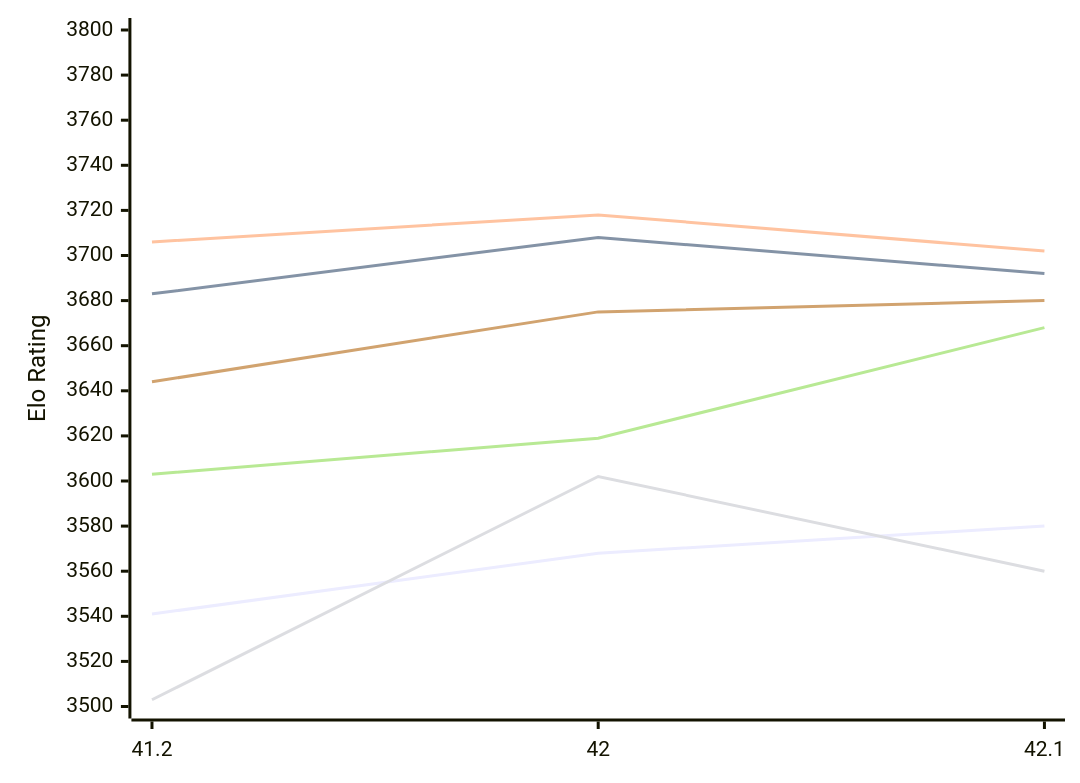
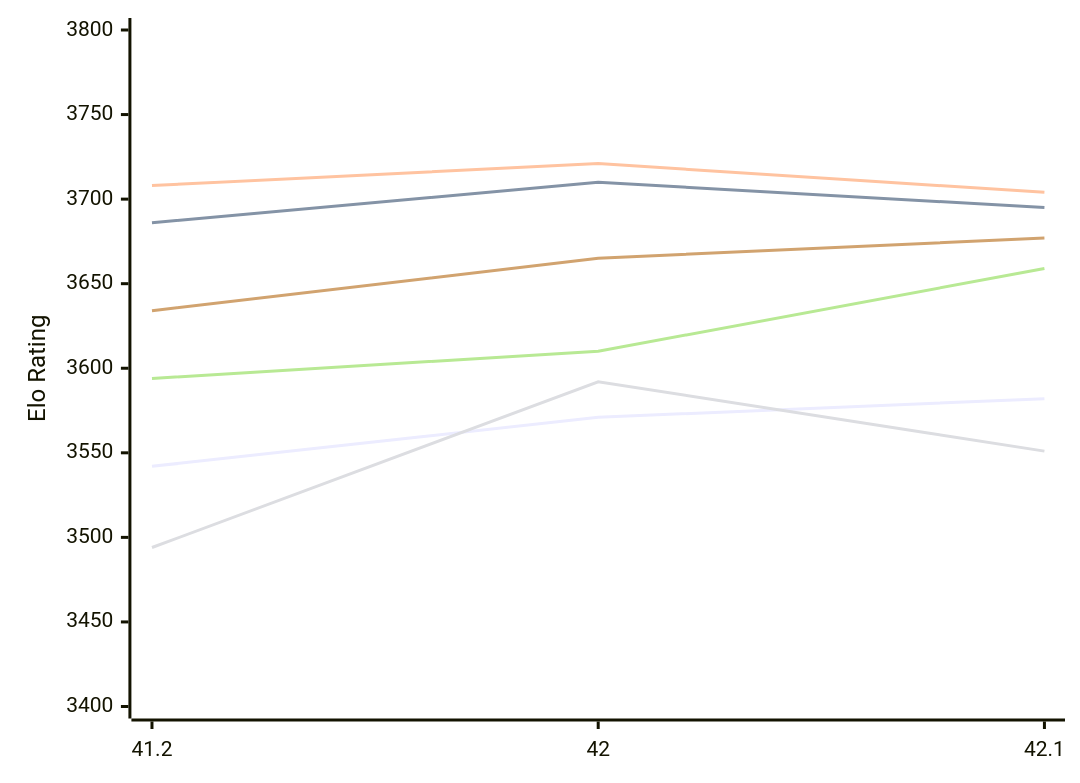
One commit to computer-chess-index/cci changed the first of 2 diagrams in engines/Shashchess.md. Above: the diagram before and after it, drawn with Mermaid. The commit also changed other lines of this file, not shown here.

Commit message:
Update CCI Ratings (ELO VLTC) - 2026-11-15

````diff
--- a/engines/Shashchess.md
+++ b/engines/Shashchess.md
@@ -52,12 +52,12 @@
 ```mermaid
 %%{init: {"theme":"base","themeVariables":{"seriesColors:['#a3a3a3','#222221','#faa371']}}}%%
 xychart-beta
   x-axis ["41.2", "42", "42.1"]
-  y-axis "Elo Rating" 3500 --> 3800
-  line "E1: STC (8.0+0.08s)" [3541, 3568, 3580]
-  line "E1: LTC (60.0+0.60s)" [3683, 3708, 3692]
-  line "E1: VLTC (2m24s+1.12s)" [3706, 3718, 3702]
-  line "P1: STC (8.0+0.08s)" [3503, 3602, 3560]
-  line "P1: LTC (60.0+0.60s)" [3603, 3619, 3668]
-  line "P1: VLTC (2m24s+1.12s)" [3644, 3675, 3680]
+  y-axis "Elo Rating" 3400 --> 3800
+  line "E1: STC (8.0+0.08s)" [3542, 3571, 3582]
+  line "E1: LTC (60.0+0.60s)" [3686, 3710, 3695]
+  line "E1: VLTC (2m24s+1.12s)" [3708, 3721, 3704]
+  line "P1: STC (8.0+0.08s)" [3494, 3592, 3551]
+  line "P1: LTC (60.0+0.60s)" [3594, 3610, 3659]
+  line "P1: VLTC (2m24s+1.12s)" [3634, 3665, 3677]
 ```
````
